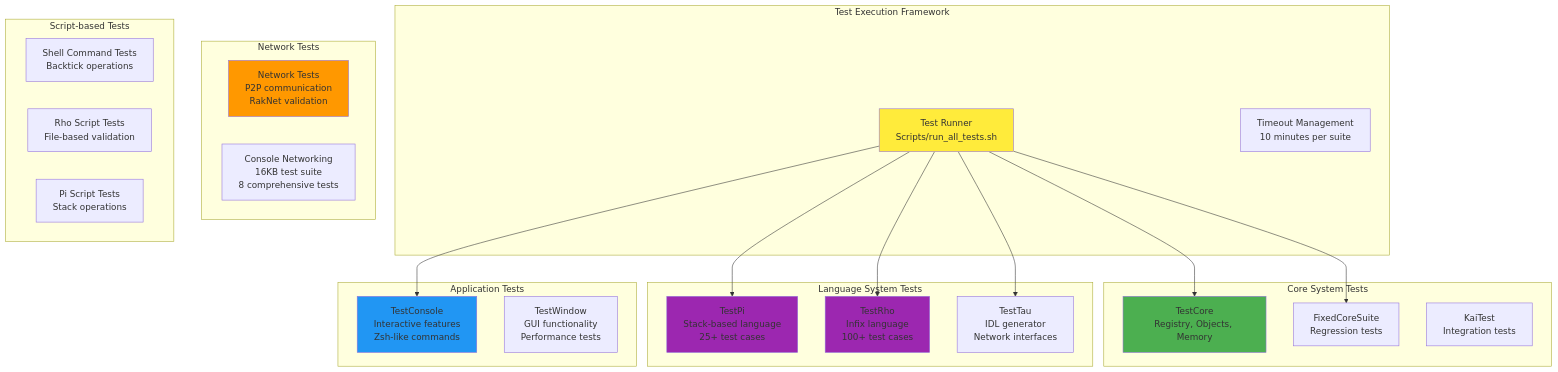
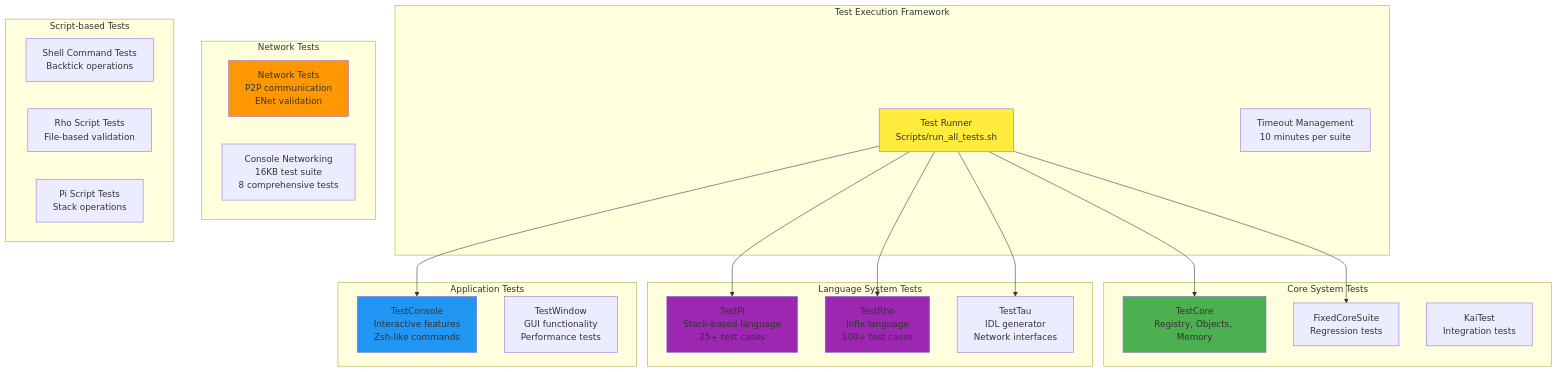
The first of 8 diagrams in resources/diagrams/test-system-architecture.md (cschladetsch/CppKAI), drawn with Mermaid before and after one commit. The commit also changed 136 other files, not shown here.

Commit message:
Remove RakNet and add ENet transport abstraction

````diff
--- a/resources/diagrams/test-system-architecture.md
+++ b/resources/diagrams/test-system-architecture.md
@@ -5,49 +5,49 @@
 ```mermaid
 graph TB
     subgraph "Test Execution Framework"
         RUNNER[Test Runner<br/>Scripts/run_all_tests.sh]
         TIMEOUT[Timeout Management<br/>10 minutes per suite]
     end
     
     subgraph "Core System Tests"
         CORE_TESTS[TestCore<br/>Registry, Objects, Memory]
         FIXED_TESTS[FixedCoreSuite<br/>Regression tests]
         KAI_TESTS[KaiTest<br/>Integration tests]
     end
     
     subgraph "Language System Tests"
         PI_TESTS[TestPi<br/>Stack-based language<br/>25+ test cases]
         RHO_TESTS[TestRho<br/>Infix language<br/>100+ test cases]
         TAU_TESTS[TestTau<br/>IDL generator<br/>Network interfaces]
     end
     
     subgraph "Application Tests"
         CONSOLE_TESTS[TestConsole<br/>Interactive features<br/>Zsh-like commands]
         WINDOW_TESTS[TestWindow<br/>GUI functionality<br/>Performance tests]
     end
     
     subgraph "Network Tests"
-        NET_TESTS[Network Tests<br/>P2P communication<br/>RakNet validation]
+        NET_TESTS[Network Tests<br/>P2P communication<br/>ENet validation]
         CONSOLE_NET[Console Networking<br/>16KB test suite<br/>8 comprehensive tests]
     end
     
     subgraph "Script-based Tests"
         SHELL_TESTS[Shell Command Tests<br/>Backtick operations]
         RHO_SCRIPTS[Rho Script Tests<br/>File-based validation]
         PI_SCRIPTS[Pi Script Tests<br/>Stack operations]
     end
     
     RUNNER --> CORE_TESTS
     RUNNER --> FIXED_TESTS
     RUNNER --> PI_TESTS
     RUNNER --> RHO_TESTS
     RUNNER --> TAU_TESTS
     RUNNER --> CONSOLE_TESTS
     
     style RUNNER fill:#ffeb3b
     style CORE_TESTS fill:#4caf50
     style PI_TESTS fill:#9c27b0
     style RHO_TESTS fill:#9c27b0
     style CONSOLE_TESTS fill:#2196f3
     style NET_TESTS fill:#ff9800
 ```
````
